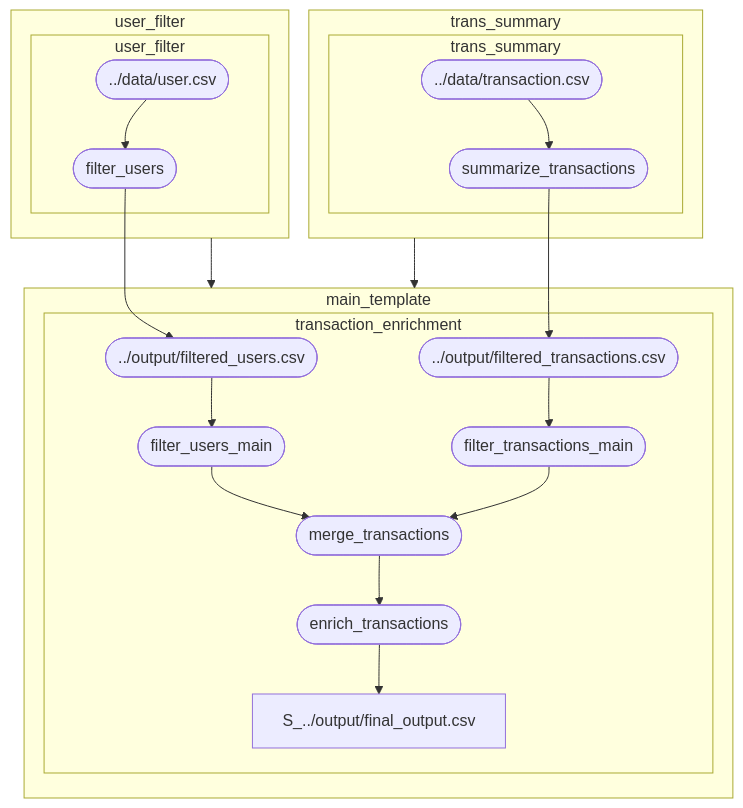
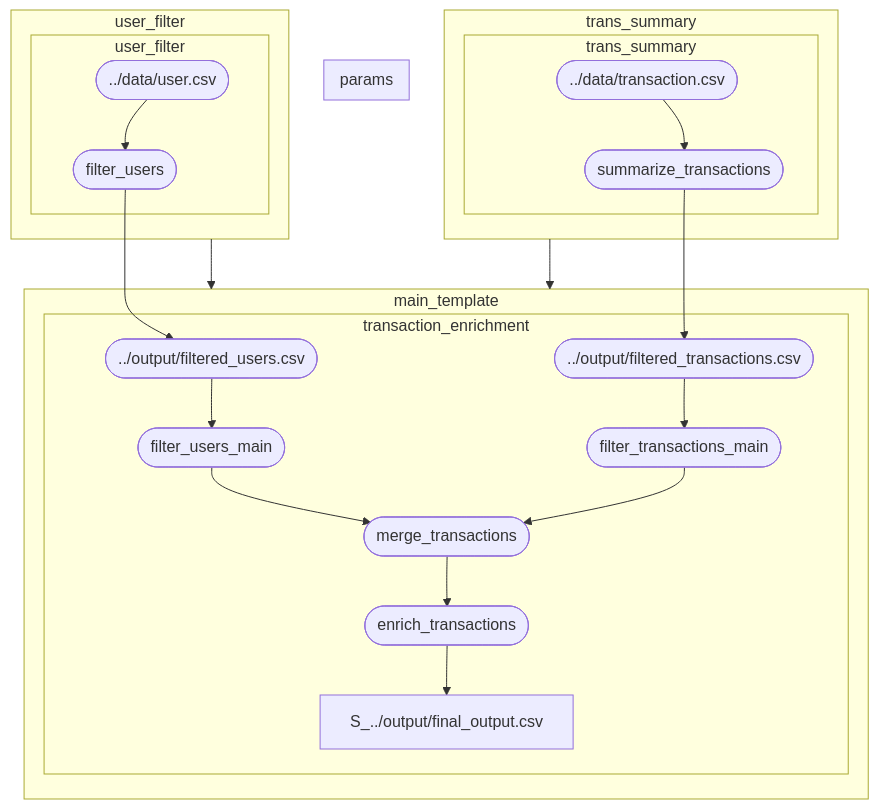
One commit to project-ro/rotab changed the diagram in examples/config/scripts/generated_user_flow.mmd. Above: the diagram before and after it, drawn with Mermaid. The commit also changed 7 other files, not shown here.

```diff
--- a/examples/config/scripts/generated_user_flow.mmd
+++ b/examples/config/scripts/generated_user_flow.mmd
@@ -1,43 +1,47 @@
 graph TB
 
 %% ==== Template dependencies ====
 T_user_filter --> T_main_template
 T_trans_summary --> T_main_template
 
 %% ==== Processes in main_template ====
 subgraph T_main_template ["main_template"]
   subgraph P_transaction_enrichment ["transaction_enrichment"]
     S_../output/filtered_users.csv(["../output/filtered_users.csv"])
     S_../output/filtered_transactions.csv(["../output/filtered_transactions.csv"])
     S_filter_users_main(["filter_users_main"])
     S_filter_transactions_main(["filter_transactions_main"])
     S_merge_transactions(["merge_transactions"])
     S_enrich_transactions(["enrich_transactions"])
     S_../output/filtered_users.csv --> S_filter_users_main
     S_../output/filtered_transactions.csv --> S_filter_transactions_main
     S_filter_users_main --> S_merge_transactions
     S_filter_transactions_main --> S_merge_transactions
     S_merge_transactions --> S_enrich_transactions
     S_enrich_transactions --> S_../output/final_output.csv
   end
 end
 
+%% ==== Processes in params ====
+subgraph T_params ["params"]
+end
+
 %% ==== Processes in trans_summary ====
 subgraph T_trans_summary ["trans_summary"]
   subgraph P_trans_summary ["trans_summary"]
     S_../data/transaction.csv(["../data/transaction.csv"])
     S_summarize_transactions(["summarize_transactions"])
     S_../data/transaction.csv --> S_summarize_transactions
     S_summarize_transactions --> S_../output/filtered_transactions.csv
   end
 end
 
 %% ==== Processes in user_filter ====
 subgraph T_user_filter ["user_filter"]
   subgraph P_user_filter ["user_filter"]
     S_../data/user.csv(["../data/user.csv"])
     S_filter_users(["filter_users"])
     S_../data/user.csv --> S_filter_users
     S_filter_users --> S_../output/filtered_users.csv
   end
 end
```
